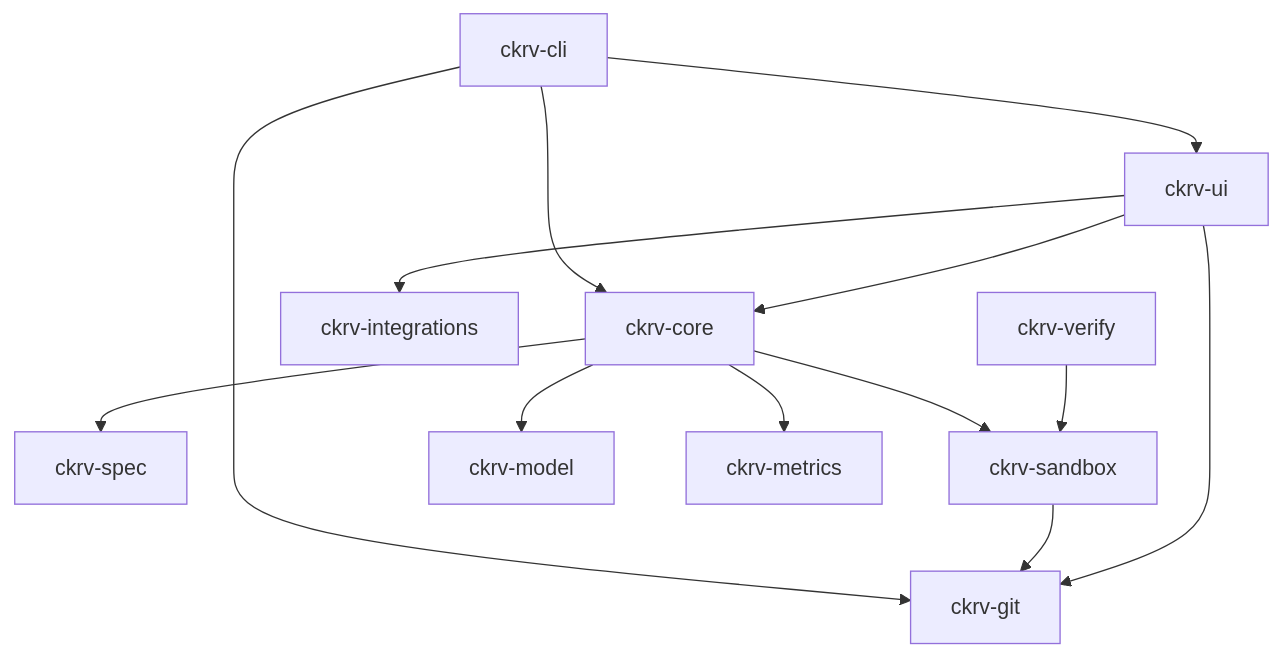
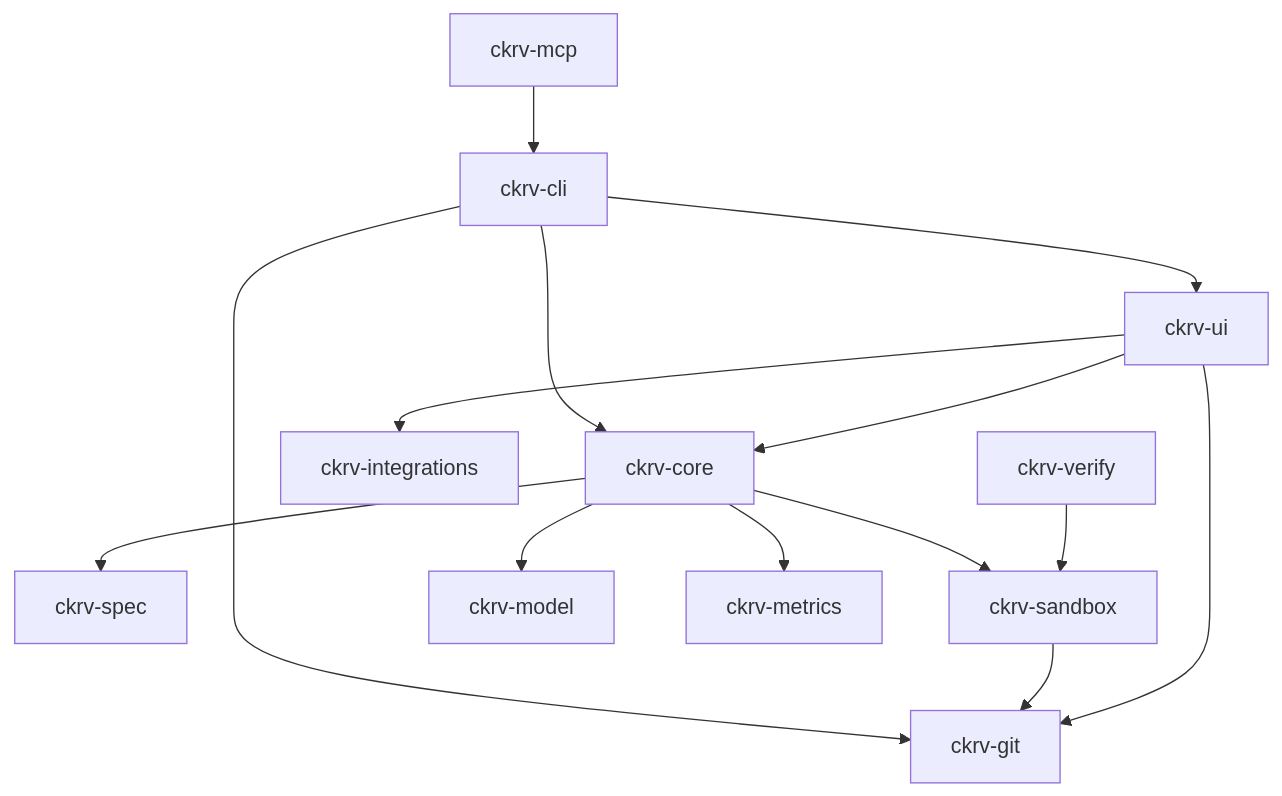
Before and after one commit to FnSK4R17s/chakravarti-cli: the first of 2 diagrams in crates/docs/architecture.md, drawn with Mermaid. The commit also changed other lines of this file and 29 other files, not shown here.

````diff
--- a/crates/docs/architecture.md
+++ b/crates/docs/architecture.md
@@ -18,19 +19,21 @@
 ```mermaid
 graph TD
     CLI[ckrv-cli] --> CORE[ckrv-core]
     CLI --> UI[ckrv-ui]
     CLI --> GIT[ckrv-git]
     
     CORE --> SPEC[ckrv-spec]
     CORE --> SANDBOX[ckrv-sandbox]
     CORE --> MODEL[ckrv-model]
     CORE --> METRICS[ckrv-metrics]
     
     SANDBOX --> GIT
     
     UI --> CORE
     UI --> GIT
     UI --> INTEGRATIONS[ckrv-integrations]
     
+    MCP[ckrv-mcp] --> CLI
+    
     VERIFY[ckrv-verify] --> SANDBOX
 ```
````
